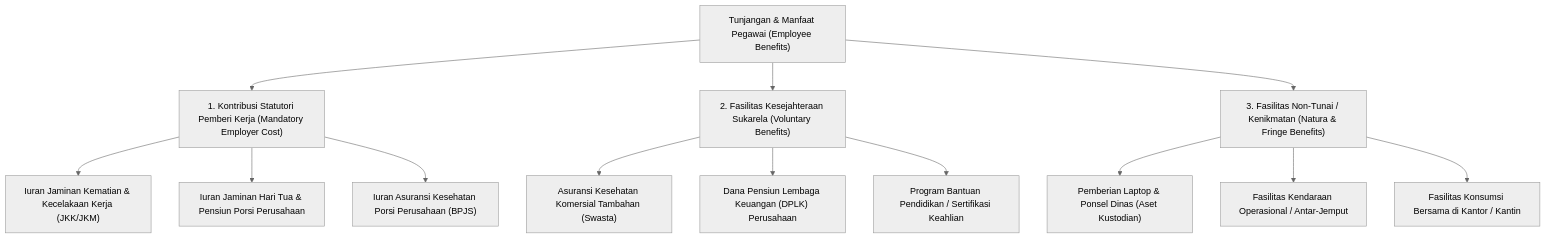
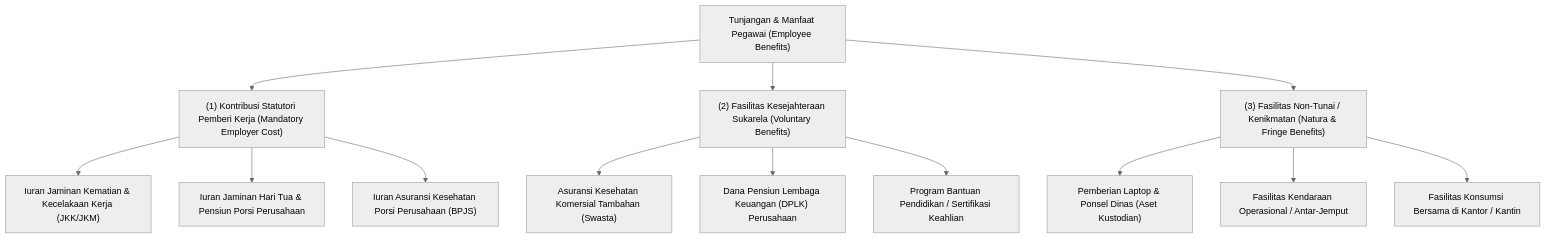
Before and after one commit to alimurrofid/erp-notes: the first of 2 diagrams in content/10-hr/payroll-benefits-and-reimbursements.md, drawn with Mermaid (neutral theme). The commit also changed 132 other files, not shown here.

````diff
--- a/content/10-hr/payroll-benefits-and-reimbursements.md
+++ b/content/10-hr/payroll-benefits-and-reimbursements.md
@@ -29,19 +29,19 @@
 ```mermaid
 flowchart TD
     BEN["Tunjangan & Manfaat Pegawai (Employee Benefits)"]
     
-    BEN --> STAT["1. Kontribusi Statutori Pemberi Kerja (Mandatory Employer Cost)"]
+    BEN --> STAT["(1) Kontribusi Statutori Pemberi Kerja (Mandatory Employer Cost)"]
     STAT --> S1["Iuran Jaminan Kematian & Kecelakaan Kerja (JKK/JKM)"]
     STAT --> S2["Iuran Jaminan Hari Tua & Pensiun Porsi Perusahaan"]
     STAT --> S3["Iuran Asuransi Kesehatan Porsi Perusahaan (BPJS)"]
     
-    BEN --> NONSTAT["2. Fasilitas Kesejahteraan Sukarela (Voluntary Benefits)"]
+    BEN --> NONSTAT["(2) Fasilitas Kesejahteraan Sukarela (Voluntary Benefits)"]
     NONSTAT --> N1["Asuransi Kesehatan Komersial Tambahan (Swasta)"]
     NONSTAT --> N2["Dana Pensiun Lembaga Keuangan (DPLK) Perusahaan"]
     NONSTAT --> N3["Program Bantuan Pendidikan / Sertifikasi Keahlian"]
     
-    BEN --> FRINGE["3. Fasilitas Non-Tunai / Kenikmatan (Natura & Fringe Benefits)"]
+    BEN --> FRINGE["(3) Fasilitas Non-Tunai / Kenikmatan (Natura & Fringe Benefits)"]
     FRINGE --> F1["Pemberian Laptop & Ponsel Dinas (Aset Kustodian)"]
     FRINGE --> F2["Fasilitas Kendaraan Operasional / Antar-Jemput"]
     FRINGE --> F3["Fasilitas Konsumsi Bersama di Kantor / Kantin"]
 ```
````
